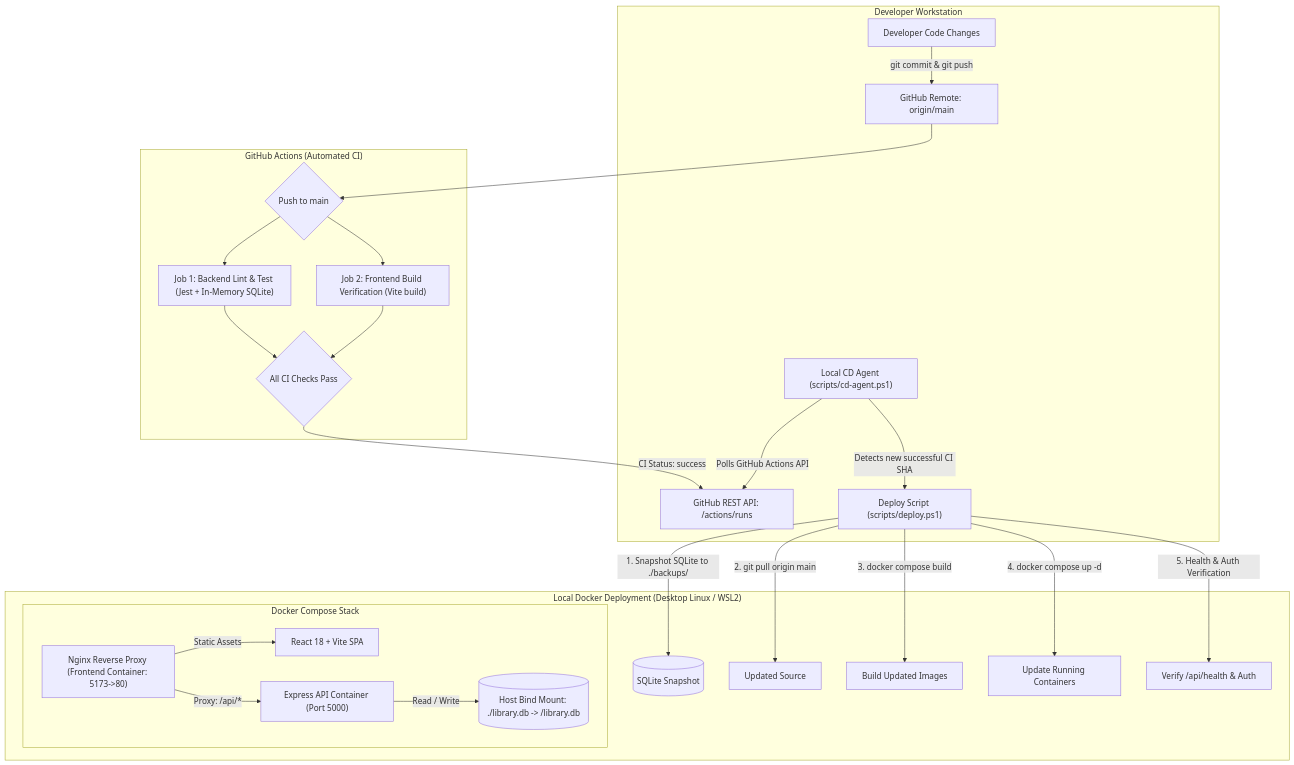
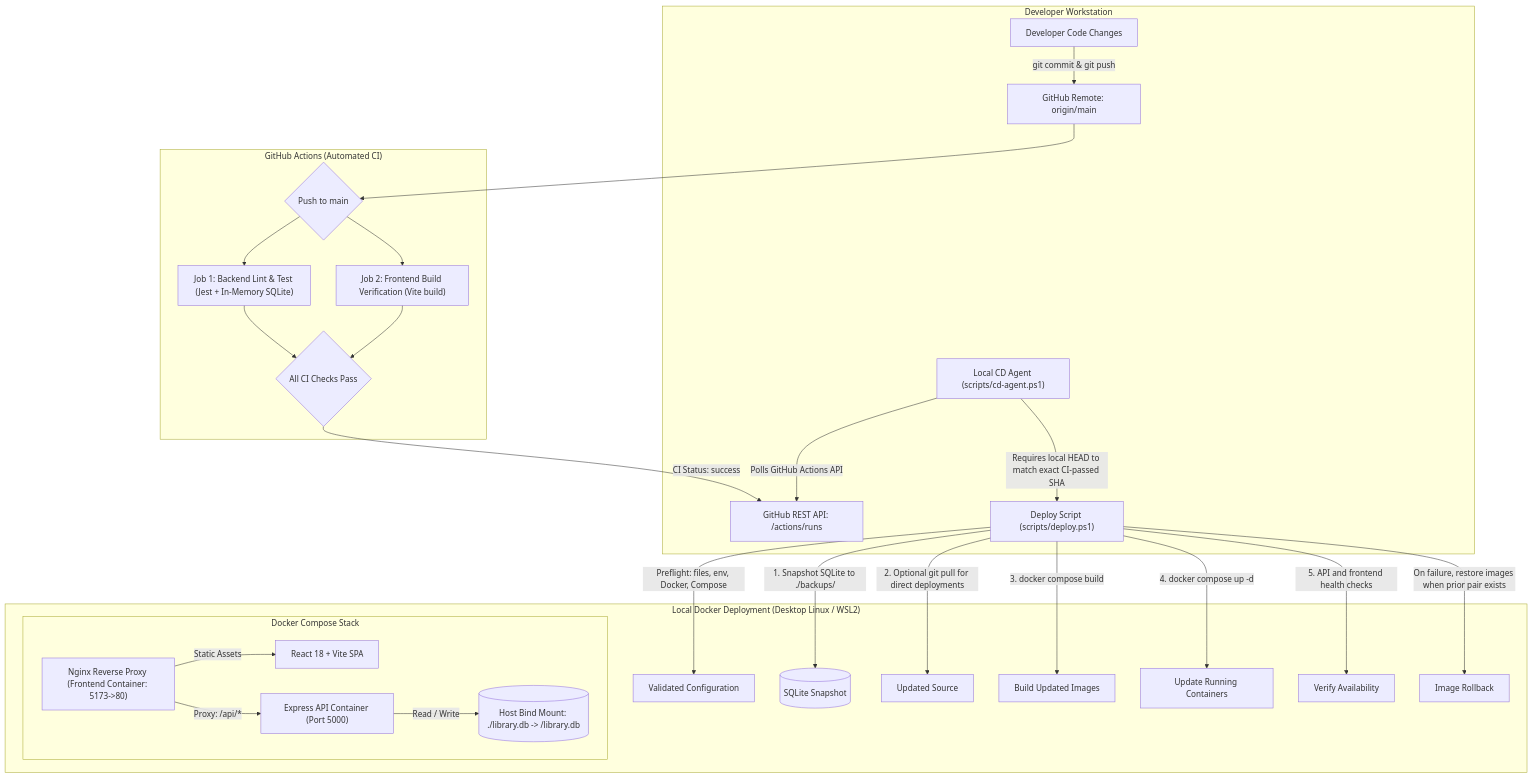
One commit to HARSHITA-JETHANI/containerized-library-management changed the diagram in README.md. Above: the diagram before and after it, drawn with Mermaid. The commit also changed other lines of this file and 4 other files, not shown here.

Commit message:
Harden deployment validation and rollback flow

````diff
--- a/README.md
+++ b/README.md
@@ -12,37 +12,39 @@
 ```mermaid
 flowchart TD
     subgraph Developer_Workstation["Developer Workstation"]
         Dev["Developer Code Changes"] -->|"git commit & git push"| GitRepo["GitHub Remote: origin/main"]
         LocalAgent["Local CD Agent (scripts/cd-agent.ps1)"] -->|"Polls GitHub Actions API"| GitHubAPI["GitHub REST API: /actions/runs"]
         DeployScript["Deploy Script (scripts/deploy.ps1)"]
     end
 
     subgraph GitHub_Cloud["GitHub Actions (Automated CI)"]
         GitRepo --> CI_Trigger{"Push to main"}
         CI_Trigger --> Job1["Job 1: Backend Lint & Test (Jest + In-Memory SQLite)"]
         CI_Trigger --> Job2["Job 2: Frontend Build Verification (Vite build)"]
         Job1 --> CI_Pass{"All CI Checks Pass"}
         Job2 --> CI_Pass
         CI_Pass -->|"CI Status: success"| GitHubAPI
     end
 
     subgraph Local_Container_Deployment["Local Docker Deployment (Desktop Linux / WSL2)"]
-        LocalAgent -->|"Detects new successful CI SHA"| DeployScript
+        LocalAgent -->|"Requires local HEAD to match exact CI-passed SHA"| DeployScript
+        DeployScript -->|"Preflight: files, env, Docker, Compose"| Preflight["Validated Configuration"]
         DeployScript -->|"1. Snapshot SQLite to ./backups/"| Backup[("SQLite Snapshot")]
-        DeployScript -->|"2. git pull origin main"| GitPull["Updated Source"]
+        DeployScript -->|"2. Optional git pull for direct deployments"| GitPull["Updated Source"]
         DeployScript -->|"3. docker compose build"| DockerBuild["Build Updated Images"]
         DeployScript -->|"4. docker compose up -d"| ComposeUp["Update Running Containers"]
-        DeployScript -->|"5. Health & Auth Verification"| HealthCheck["Verify /api/health & Auth"]
+        DeployScript -->|"5. API and frontend health checks"| HealthCheck["Verify Availability"]
+        DeployScript -->|"On failure, restore images when prior pair exists"| ImageRollback["Image Rollback"]
 
         subgraph Docker_Compose_Stack["Docker Compose Stack"]
             Nginx["Nginx Reverse Proxy (Frontend Container: 5173->80)"]
             ReactApp["React 18 + Vite SPA"]
             ExpressAPI["Express API Container (Port 5000)"]
             SQLiteFile[("Host Bind Mount: ./library.db -> /library.db")]
 
             Nginx -->|"Static Assets"| ReactApp
             Nginx -->|"Proxy: /api/*"| ExpressAPI
             ExpressAPI -->|"Read / Write"| SQLiteFile
         end
     end
 ```
````
